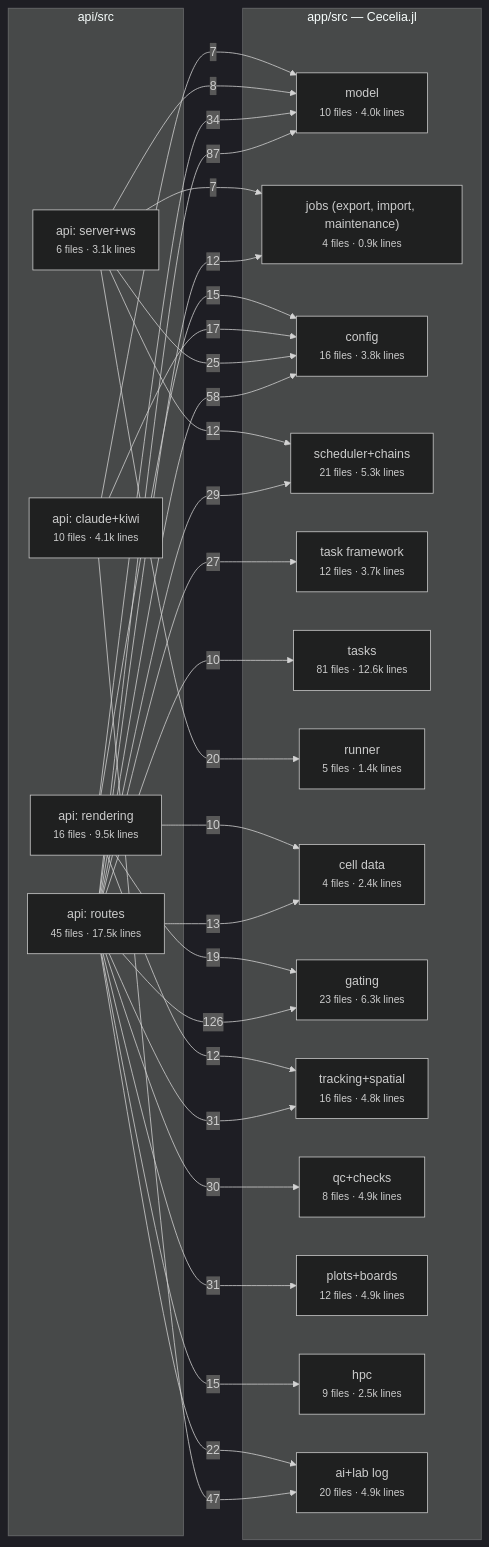
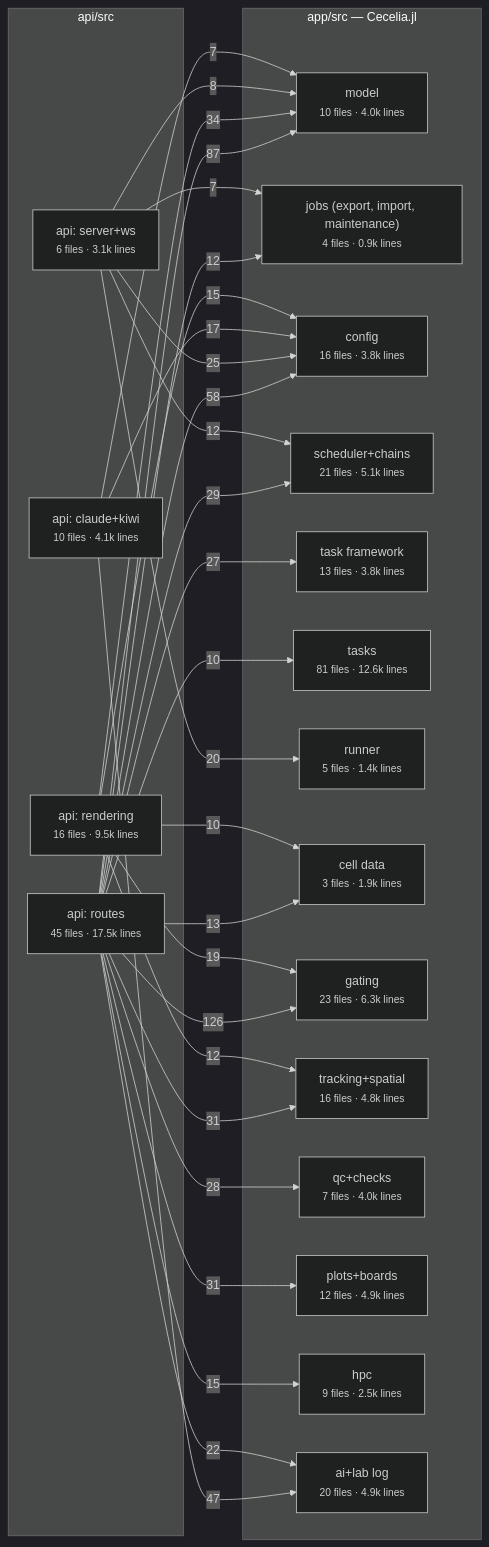
The second of 2 diagrams in docs/architecture/julia/areas.md (schienstockd/cecelia), drawn with Mermaid (dark theme) before and after one commit. The commit also changed other lines of this file and 25 other files, not shown here.

````diff
--- a/docs/architecture/julia/areas.md
+++ b/docs/architecture/julia/areas.md
@@ -65,51 +68,51 @@
 ```mermaid
 flowchart LR
   subgraph API["api/src"]
     api__server_ws["api: server+ws<br/><small>6 files · 3.1k lines</small>"]
     api__rendering["api: rendering<br/><small>16 files · 9.5k lines</small>"]
     api__claude_kiwi["api: claude+kiwi<br/><small>10 files · 4.1k lines</small>"]
     api__routes["api: routes<br/><small>45 files · 17.5k lines</small>"]
   end
   subgraph PKG["app/src — Cecelia.jl"]
     model["model<br/><small>10 files · 4.0k lines</small>"]
     jobs__export__import__maintenance_["jobs (export, import, maintenance)<br/><small>4 files · 0.9k lines</small>"]
     config["config<br/><small>16 files · 3.8k lines</small>"]
-    scheduler_chains["scheduler+chains<br/><small>21 files · 5.3k lines</small>"]
-    task_framework["task framework<br/><small>12 files · 3.7k lines</small>"]
+    scheduler_chains["scheduler+chains<br/><small>21 files · 5.1k lines</small>"]
+    task_framework["task framework<br/><small>13 files · 3.8k lines</small>"]
     tasks["tasks<br/><small>81 files · 12.6k lines</small>"]
     runner["runner<br/><small>5 files · 1.4k lines</small>"]
-    cell_data["cell data<br/><small>4 files · 2.4k lines</small>"]
+    cell_data["cell data<br/><small>3 files · 1.9k lines</small>"]
     gating["gating<br/><small>23 files · 6.3k lines</small>"]
     tracking_spatial["tracking+spatial<br/><small>16 files · 4.8k lines</small>"]
-    qc_checks["qc+checks<br/><small>8 files · 4.9k lines</small>"]
+    qc_checks["qc+checks<br/><small>7 files · 4.0k lines</small>"]
     plots_boards["plots+boards<br/><small>12 files · 4.9k lines</small>"]
     hpc["hpc<br/><small>9 files · 2.5k lines</small>"]
     ai_lab_log["ai+lab log<br/><small>20 files · 4.9k lines</small>"]
   end
   api__routes -->|126| gating
   api__routes -->|87| model
   api__routes -->|58| config
   api__claude_kiwi -->|47| ai_lab_log
   api__rendering -->|34| model
   api__routes -->|31| plots_boards
   api__routes -->|31| tracking_spatial
-  api__routes -->|30| qc_checks
   api__routes -->|29| scheduler_chains
+  api__routes -->|28| qc_checks
   api__routes -->|27| task_framework
   api__server_ws -->|25| config
   api__routes -->|22| ai_lab_log
   api__server_ws -->|20| runner
   api__rendering -->|19| gating
   api__claude_kiwi -->|17| config
   api__rendering -->|15| config
   api__routes -->|15| hpc
   api__routes -->|13| cell_data
   api__rendering -->|12| tracking_spatial
   api__routes -->|12| jobs__export__import__maintenance_
   api__server_ws -->|12| scheduler_chains
   api__rendering -->|10| cell_data
   api__routes -->|10| tasks
   api__server_ws -->|8| model
   api__claude_kiwi -->|7| model
   api__server_ws -->|7| jobs__export__import__maintenance_
 ```
````
